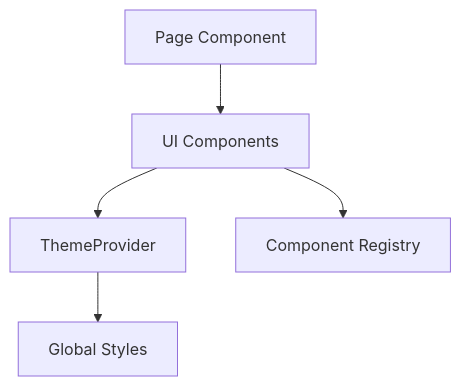
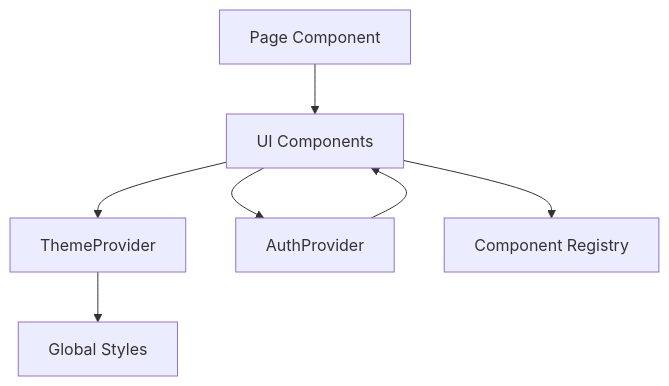
Before and after one commit to HassanAmeer/cheaprouter: the ninth of 10 diagrams in .qoder/repowiki/en/content/Frontend Architecture/Component Library/Component Library.md, drawn with Mermaid. The commit also changed other lines of this file and 54 other files, not shown here.

````diff
--- a/.qoder/repowiki/en/content/Frontend Architecture/Component Library/Component Library.md
+++ b/.qoder/repowiki/en/content/Frontend Architecture/Component Library/Component Library.md
@@ -320,7 +415,9 @@
 ```mermaid
 graph TB
 Page["Page Component"] --> UI["UI Components"]
 UI --> Theme["ThemeProvider"]
+UI --> Auth["AuthProvider"]
 Theme --> Globals["Global Styles"]
+Auth --> UI
 UI --> Registry["Component Registry"]
 ```
````
